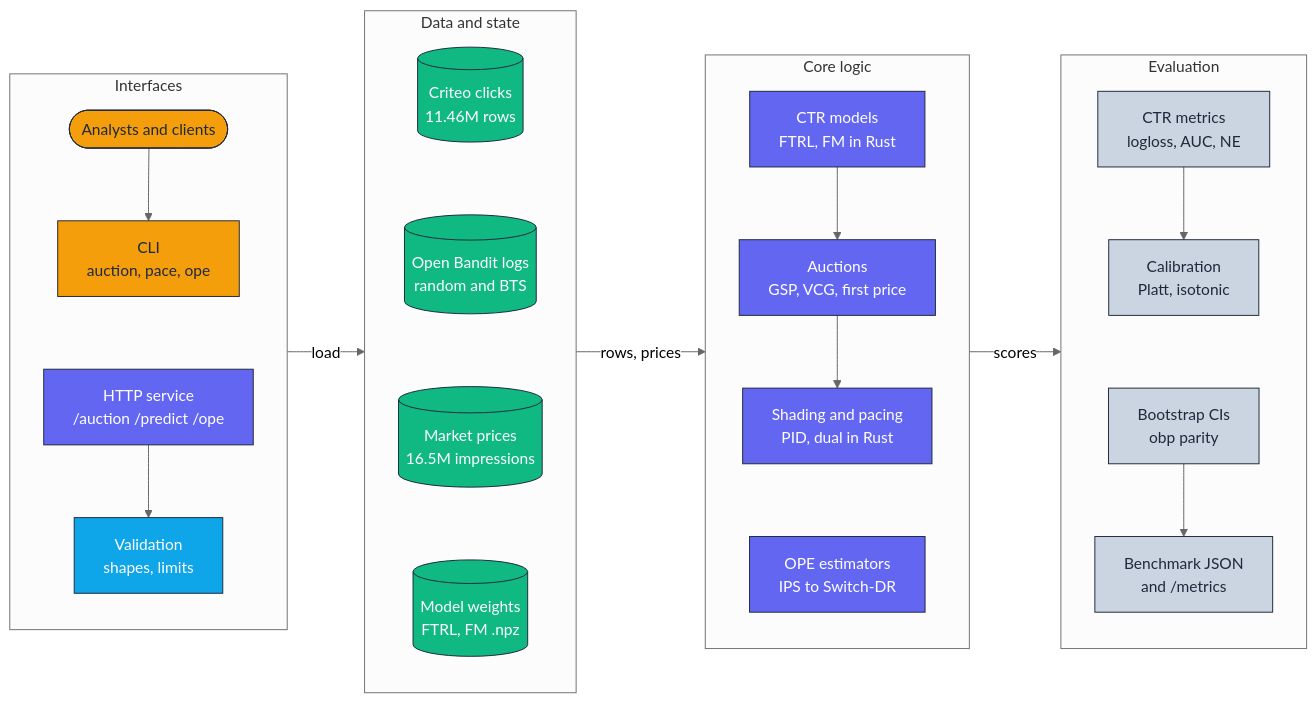
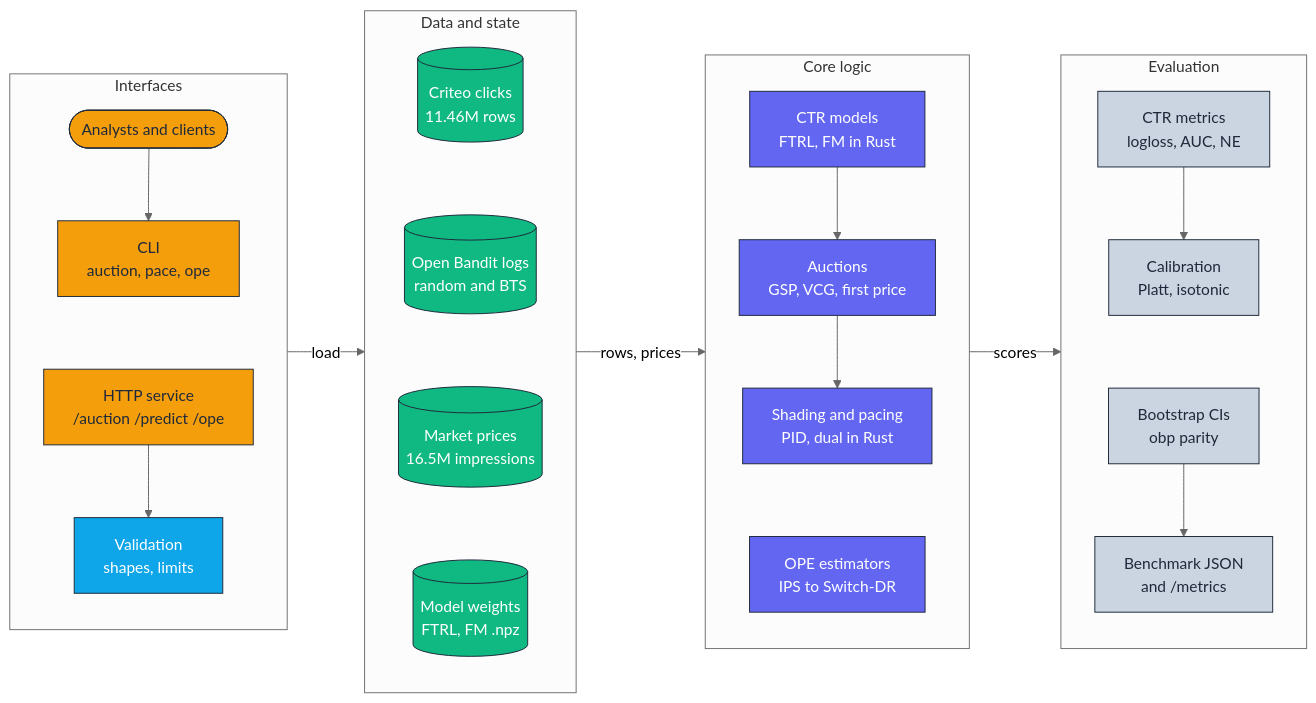
Before and after one commit to adeoluo/ad-auction-lab: the diagram in docs/architecture/architecture.mmd, drawn with Mermaid (neutral theme). The commit also changed 25 other files, not shown here.

```diff
--- a/docs/architecture/architecture.mmd
+++ b/docs/architecture/architecture.mmd
@@ -1,46 +1,46 @@
 flowchart LR
     classDef edge     fill:#F59E0B,stroke:#1E293B,color:#1E293B,stroke-width:1px;
     classDef core     fill:#6366F1,stroke:#1E293B,color:#ffffff,stroke-width:1px;
     classDef data     fill:#10B981,stroke:#1E293B,color:#ffffff,stroke-width:1px;
     classDef control  fill:#0EA5E9,stroke:#1E293B,color:#ffffff,stroke-width:1px;
     classDef obs      fill:#CBD5E1,stroke:#1E293B,color:#1E293B,stroke-width:1px;
 
     subgraph Interfaces["Interfaces"]
         direction TB
         Users([Analysts and clients]):::edge
         CLI["CLI<br/>auction, pace, ope"]:::edge
-        HTTP["HTTP service<br/>/auction /predict /ope"]:::core
+        HTTP["HTTP service<br/>/auction /predict /ope"]:::edge
         Validate["Validation<br/>shapes, limits"]:::control
         Users --> CLI ~~~ HTTP --> Validate
     end
 
     subgraph State["Data and state"]
         direction TB
         Criteo[("Criteo clicks<br/>11.46M rows")]:::data
         OBD[("Open Bandit logs<br/>random and BTS")]:::data
         Prices[("Market prices<br/>16.5M impressions")]:::data
         Models[("Model weights<br/>FTRL, FM .npz")]:::data
         Criteo ~~~ OBD ~~~ Prices ~~~ Models
     end
 
     subgraph Core["Core logic"]
         direction TB
         CTR["CTR models<br/>FTRL, FM in Rust"]:::core
         Auctions["Auctions<br/>GSP, VCG, first price"]:::core
         Bidding["Shading and pacing<br/>PID, dual in Rust"]:::core
         OPE["OPE estimators<br/>IPS to Switch-DR"]:::core
         CTR --> Auctions --> Bidding ~~~ OPE
     end
 
     subgraph Obs["Evaluation"]
         direction TB
         Metrics["CTR metrics<br/>logloss, AUC, NE"]:::obs
         Calib["Calibration<br/>Platt, isotonic"]:::obs
         Boot["Bootstrap CIs<br/>obp parity"]:::obs
         Results["Benchmark JSON<br/>and /metrics"]:::obs
         Metrics --> Calib ~~~ Boot --> Results
     end
 
     Interfaces -->|load| State
     State -->|rows, prices| Core
     Core -->|scores| Obs
```
